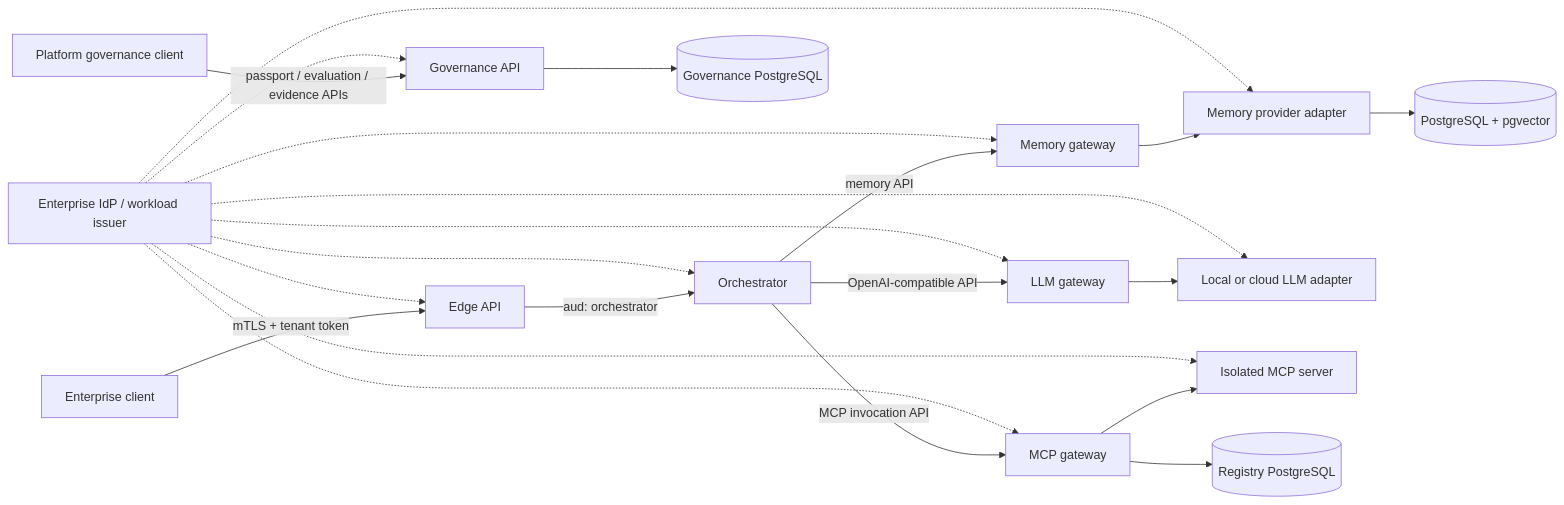
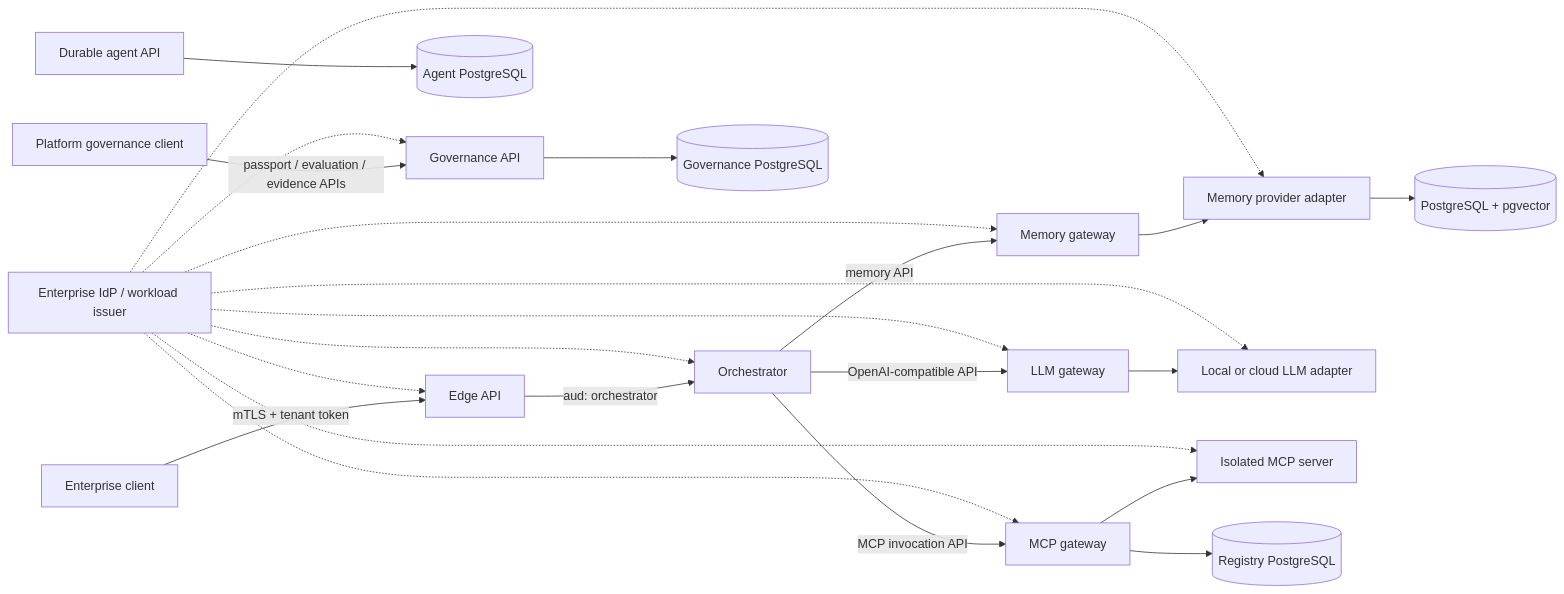
One commit to diaryfolio/aiops-fabric changed the diagram in TECHNICAL_README.md. Above: the diagram before and after it, drawn with Mermaid. The commit also changed other lines of this file and 66 other files, not shown here.

````diff
--- a/TECHNICAL_README.md
+++ b/TECHNICAL_README.md
@@ -21,16 +25,17 @@
 ```mermaid
 flowchart LR
     C["Enterprise client"] -->|"mTLS + tenant token"| G["Edge API"]
     G -->|"aud: orchestrator"| O["Orchestrator"]
     O -->|"memory API"| MG["Memory gateway"]
     O -->|"OpenAI-compatible API"| LG["LLM gateway"]
     O -->|"MCP invocation API"| XG["MCP gateway"]
+    AR["Durable agent API"] --> AGDB[("Agent PostgreSQL")]
     A["Platform governance client"] -->|"passport / evaluation / evidence APIs"| V["Governance API"]
     MG --> MP["Memory provider adapter"]
     LG --> LP["Local or cloud LLM adapter"]
     XG --> XP["Isolated MCP server"]
     MP --> PGV[("PostgreSQL + pgvector")]
     XG --> PGR[("Registry PostgreSQL")]
     V --> PG[("Governance PostgreSQL")]
     I["Enterprise IdP / workload issuer"] -.-> G & O & MG & LG & XG & V & MP & LP & XP
 ```
````
